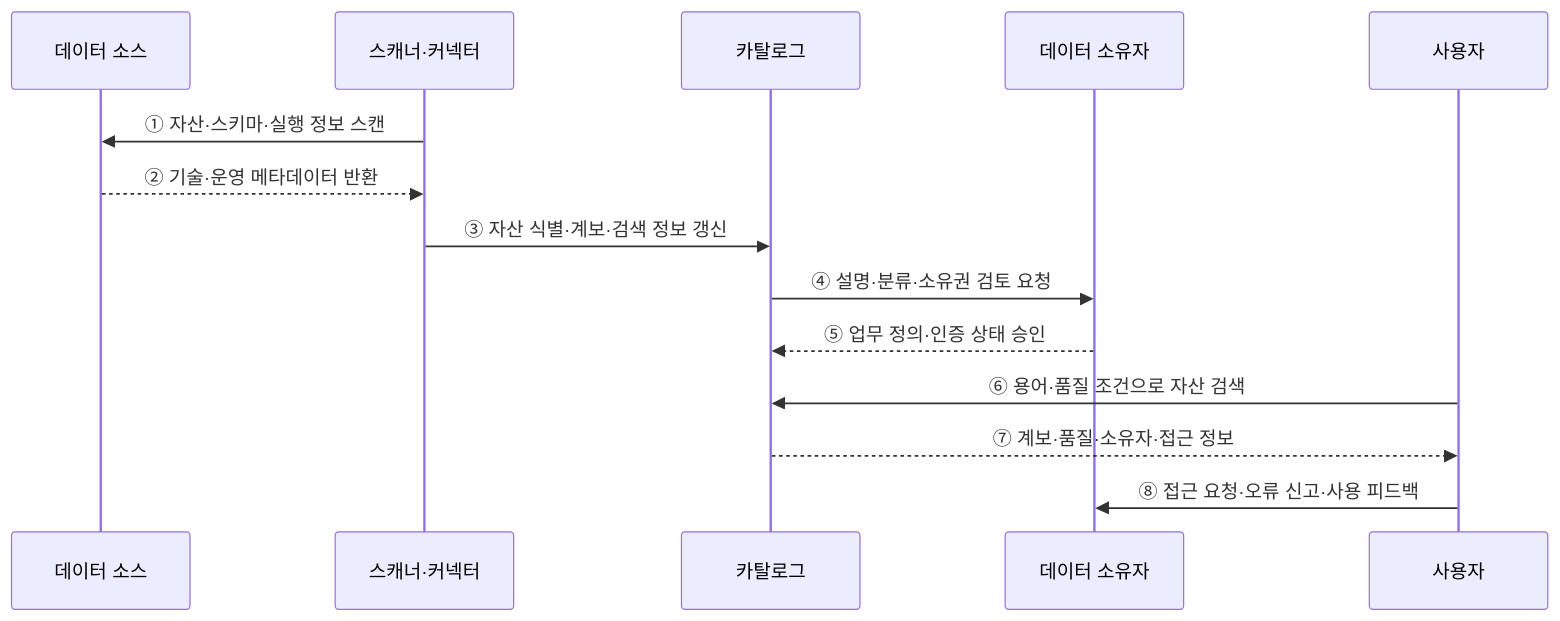
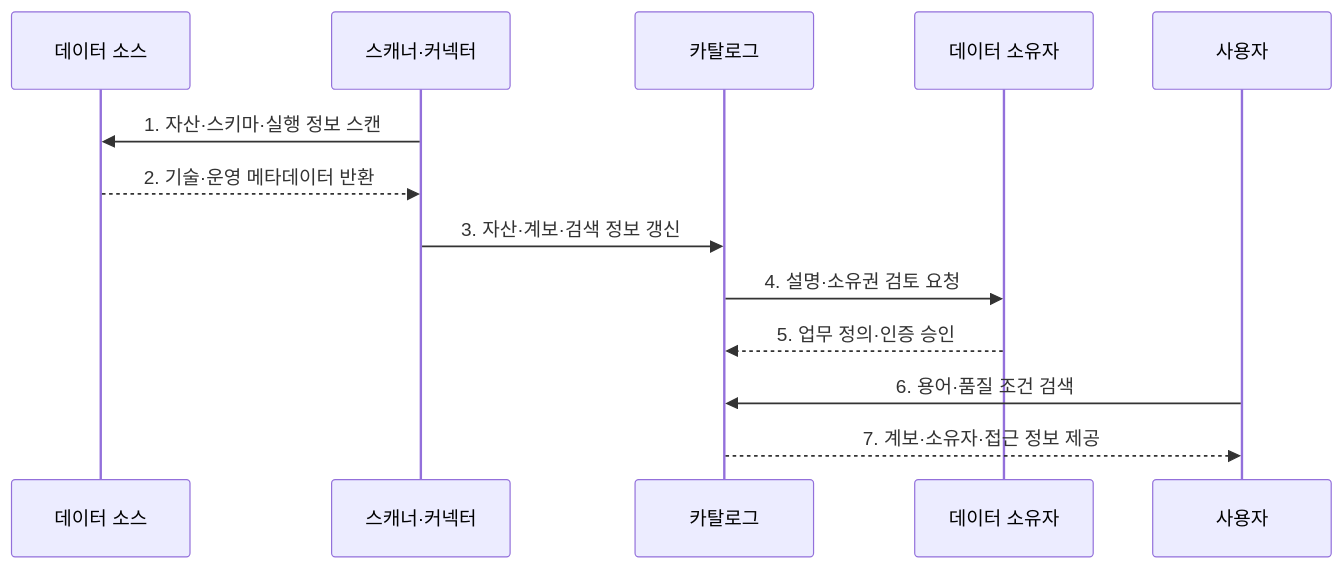
The second of 2 diagrams in src/content/docs/notes/03-software/133_data_catalog.md (agnusdei1207/knowledge-base), drawn with Mermaid before and after one commit. The commit also changed other lines of this file and 20 other files, not shown here.

````diff
--- a/src/content/docs/notes/03-software/133_data_catalog.md
+++ b/src/content/docs/notes/03-software/133_data_catalog.md
@@ -73,16 +81,15 @@
 ```mermaid
 sequenceDiagram
     participant S as 데이터 소스
     participant C as 스캐너·커넥터
     participant M as 카탈로그
     participant O as 데이터 소유자
     participant U as 사용자
-    C->>S: ① 자산·스키마·실행 정보 스캔
-    S-->>C: ② 기술·운영 메타데이터 반환
-    C->>M: ③ 자산 식별·계보·검색 정보 갱신
-    M->>O: ④ 설명·분류·소유권 검토 요청
-    O-->>M: ⑤ 업무 정의·인증 상태 승인
-    U->>M: ⑥ 용어·품질 조건으로 자산 검색
-    M-->>U: ⑦ 계보·품질·소유자·접근 정보
-    U->>O: ⑧ 접근 요청·오류 신고·사용 피드백
+    C->>S: 1. 자산·스키마·실행 정보 스캔
+    S-->>C: 2. 기술·운영 메타데이터 반환
+    C->>M: 3. 자산·계보·검색 정보 갱신
+    M->>O: 4. 설명·소유권 검토 요청
+    O-->>M: 5. 업무 정의·인증 승인
+    U->>M: 6. 용어·품질 조건 검색
+    M-->>U: 7. 계보·소유자·접근 정보 제공
 ```
````
